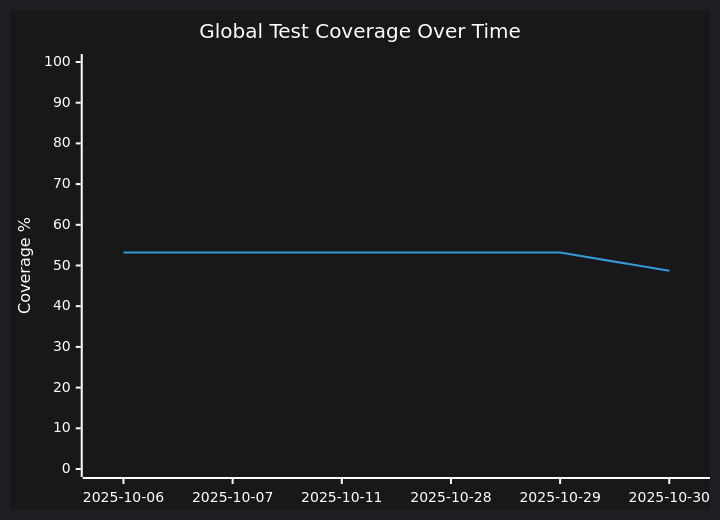
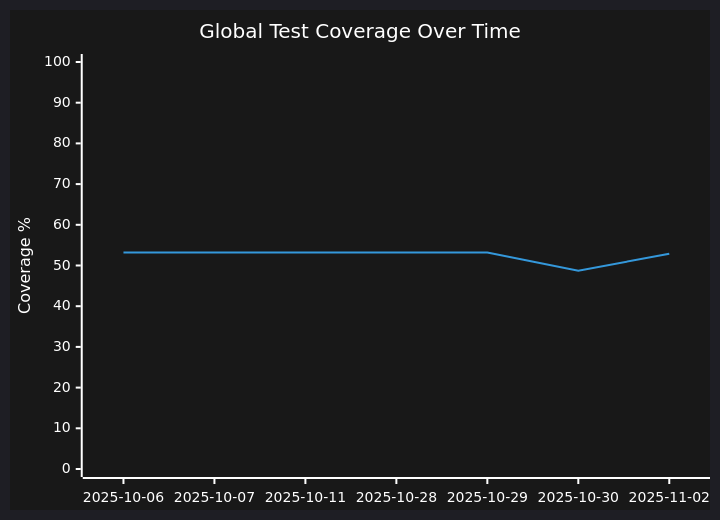
The third of 3 diagrams in docs/TEST_COVERAGE.md (dianlight/srat), drawn with Mermaid before and after one commit. The commit also changed other lines of this file and 1 other file, not shown here.

````diff
--- a/docs/TEST_COVERAGE.md
+++ b/docs/TEST_COVERAGE.md
@@ -181,8 +181,8 @@
 ```mermaid
 %%{init: {'theme':'dark', 'themeVariables': { 'primaryColor':'#222','primaryTextColor':'#fff','primaryBorderColor':'#388E3C','lineColor':'#2196F3','secondaryColor':'#FFC107','tertiaryColor':'#fff','background':'#181818'}}}%%
 xychart-beta
   title "Global Test Coverage Over Time"
-  x-axis [2025-10-06, 2025-10-07, 2025-10-11, 2025-10-28, 2025-10-29, 2025-10-30]
+  x-axis [2025-10-06, 2025-10-07, 2025-10-11, 2025-10-28, 2025-10-29, 2025-10-30, 2025-11-02]
   y-axis "Coverage %" 0 --> 100
-  line [53.2, 53.2, 53.2, 53.2, 53.2, 48.7]
+  line [53.2, 53.2, 53.2, 53.2, 53.2, 48.7, 52.9]
 ```
````
